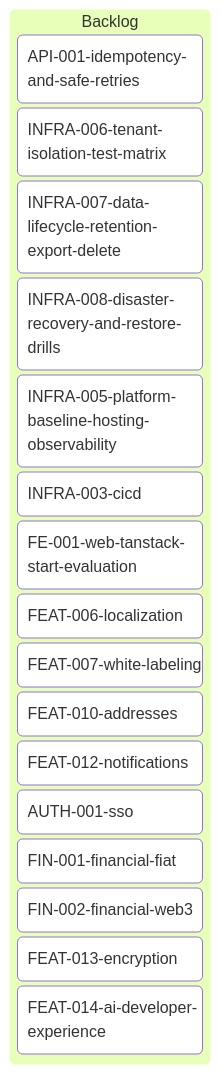
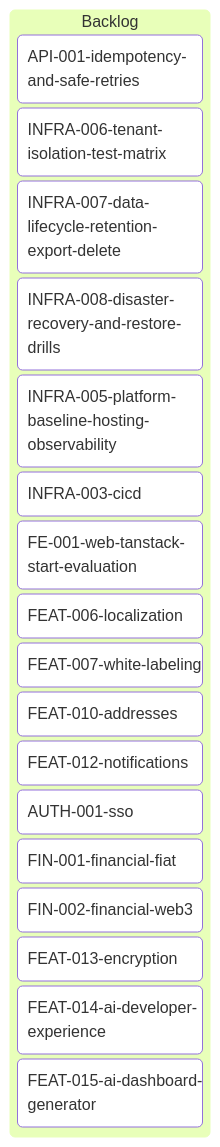
One commit to inixiative/template changed the diagram in tickets/kanban-backlog.md. Above: the diagram before and after it, drawn with Mermaid. The commit also changed other lines of this file and 38 other files, not shown here.

````diff
--- a/tickets/kanban-backlog.md
+++ b/tickets/kanban-backlog.md
@@ -3,25 +3,26 @@
 ```mermaid
 ---
 config:
   kanban:
     ticketBaseUrl: 'https://github.com/yourorg/template/blob/main/tickets/#TICKET#'
 ---
 kanban
   Backlog
     API-001-idempotency-and-safe-retries
     INFRA-006-tenant-isolation-test-matrix
     INFRA-007-data-lifecycle-retention-export-delete
     INFRA-008-disaster-recovery-and-restore-drills
     INFRA-005-platform-baseline-hosting-observability
     INFRA-003-cicd
     FE-001-web-tanstack-start-evaluation
     FEAT-006-localization
     FEAT-007-white-labeling
     FEAT-010-addresses
     FEAT-012-notifications
     AUTH-001-sso
     FIN-001-financial-fiat
     FIN-002-financial-web3
     FEAT-013-encryption
     FEAT-014-ai-developer-experience
+    FEAT-015-ai-dashboard-generator
 ```
````
